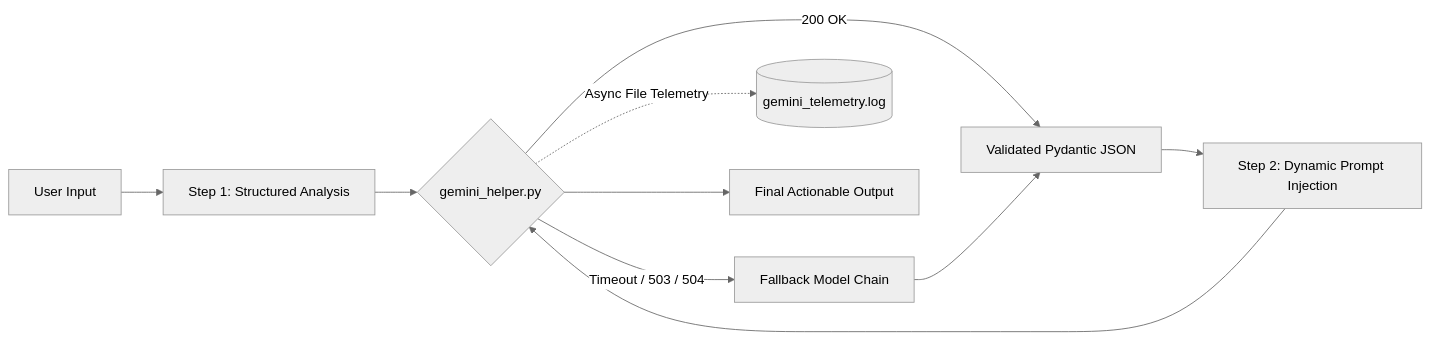
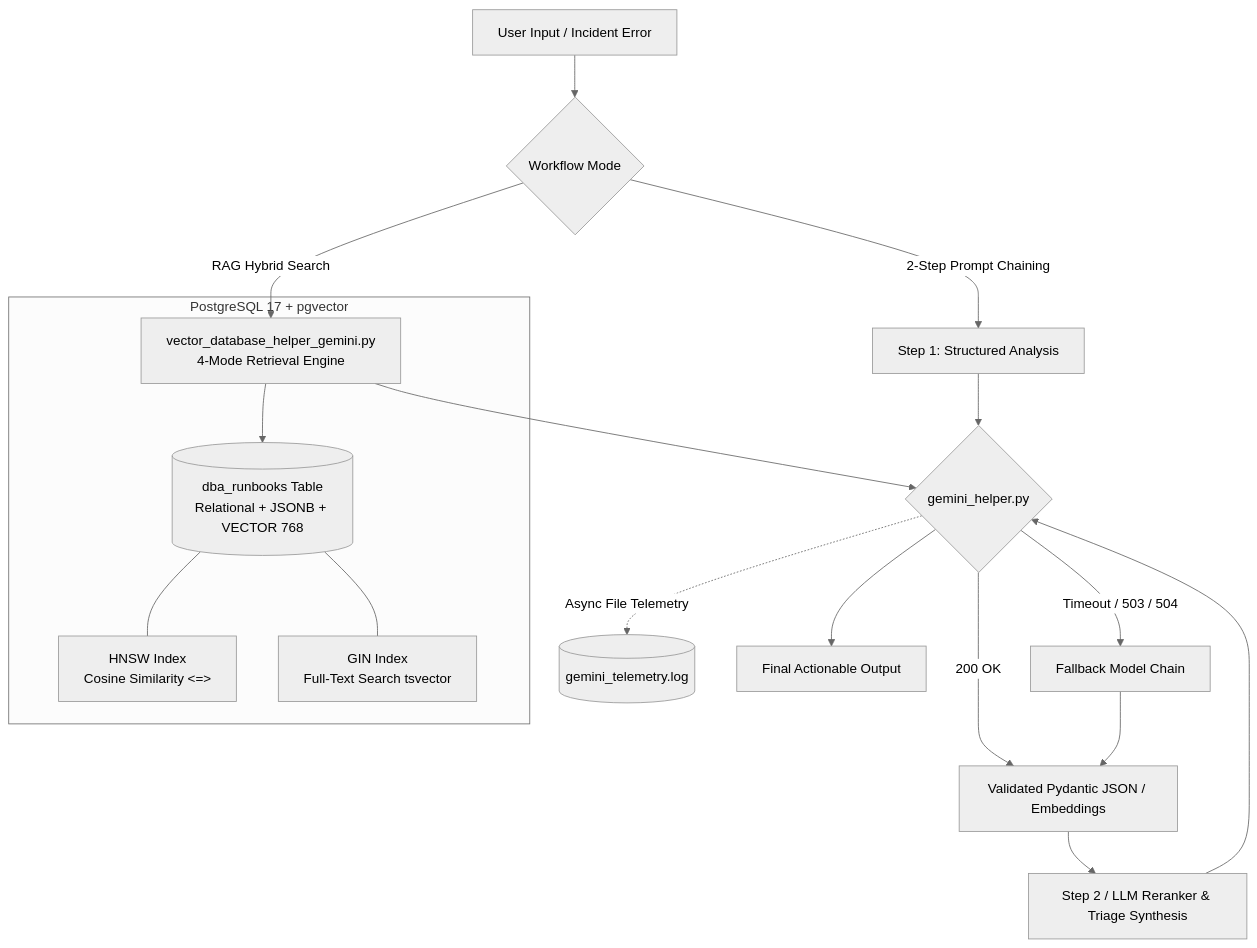
The diagram in README.md (sibashish/gemini-agentic-workflows), drawn with Mermaid (neutral theme) before and after one commit. The commit also changed other lines of this file and 6 other files, not shown here.

Commit message:
Adding vector database related programs

````diff
--- a/README.md
+++ b/README.md
@@ -9,12 +9,23 @@
 ```mermaid
-flowchart LR
-    A[User Input] --> B[Step 1: Structured Analysis]
-    B --> C{gemini_helper.py}
-    C -->|Timeout / 503 / 504| D[Fallback Model Chain]
-    C -->|200 OK| E[Validated Pydantic JSON]
-    D --> E
-    C -.->|Async File Telemetry| F[(gemini_telemetry.log)]
-    E --> G[Step 2: Dynamic Prompt Injection]
-    G --> C
-    C --> H[Final Actionable Output]
+flowchart TD
+    A[User Input / Incident Error] --> B{Workflow Mode}
+    
+    B -->|2-Step Prompt Chaining| C[Step 1: Structured Analysis]
+    B -->|RAG Hybrid Search| D[vector_database_helper_gemini.py\n4-Mode Retrieval Engine]
+    
+    subgraph PostgreSQL 17 + pgvector
+        D --> E[(dba_runbooks Table\nRelational + JSONB + VECTOR 768)]
+        E --- F[HNSW Index\nCosine Similarity <=>]
+        E --- G[GIN Index\nFull-Text Search tsvector]
+    end
+    
+    C --> H{gemini_helper.py}
+    D --> H
+    H -->|Timeout / 503 / 504| I[Fallback Model Chain]
+    H -->|200 OK| J[Validated Pydantic JSON / Embeddings]
+    I --> J
+    H -.->|Async File Telemetry| K[(gemini_telemetry.log)]
+    J --> L[Step 2 / LLM Reranker & Triage Synthesis]
+    L --> H
+    H --> M[Final Actionable Output]
 ```
````
